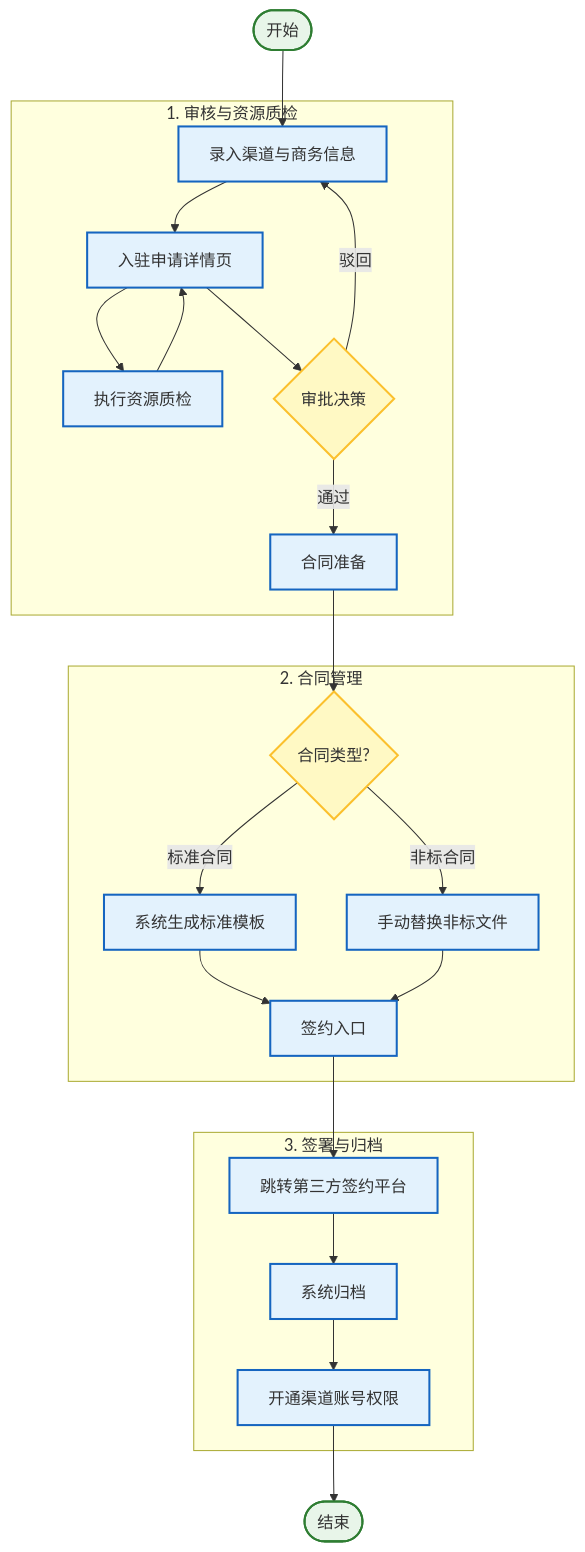
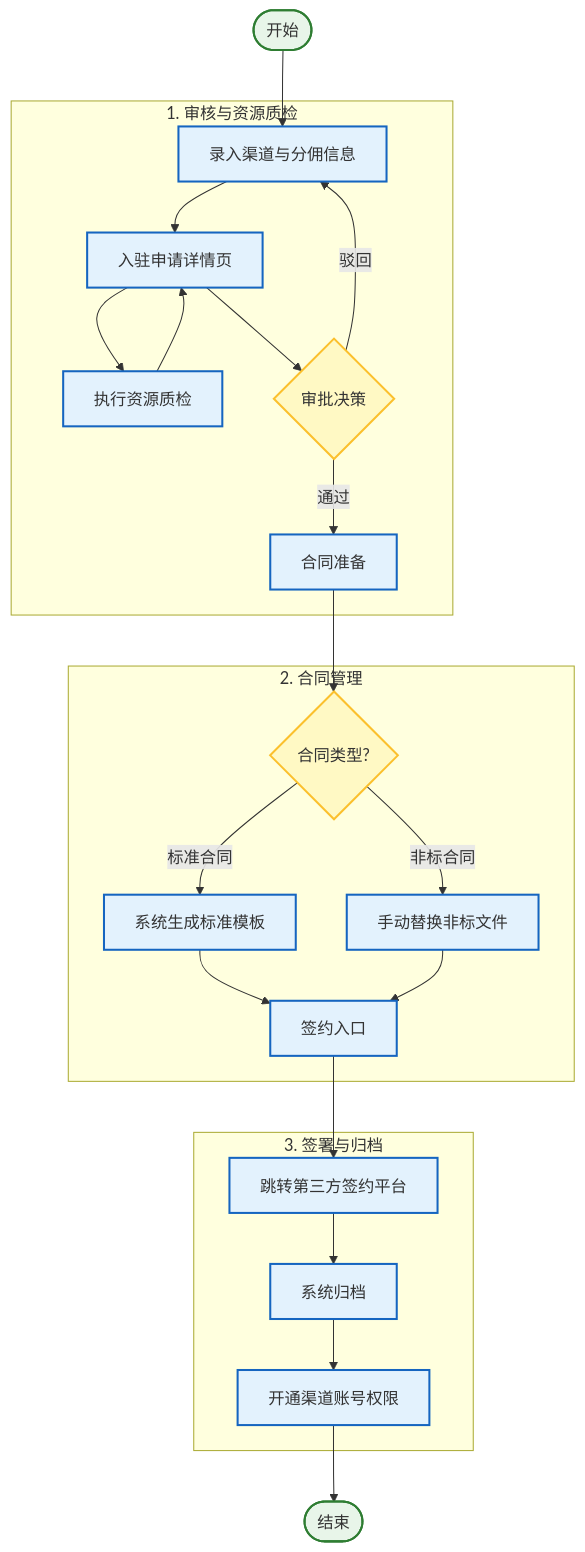
The first of 15 diagrams in docs/渠道管理系统-PRD.md (njwander/channel-demo), drawn with Mermaid before and after one commit. The commit also changed other lines of this file and 4 other files, not shown here.

````diff
--- a/docs/渠道管理系统-PRD.md
+++ b/docs/渠道管理系统-PRD.md
@@ -40,41 +40,41 @@
 ```mermaid
 graph TD
-    Start([开始]) --> Input[录入渠道与商务信息]
+    Start([开始]) --> Input[录入渠道与分佣信息]
     Input --> Detail[入驻申请详情页]
     
     %% 第一阶段：审核与质检
     subgraph Stage1 [1. 审核与资源质检]
         Detail --> QCheck[执行资源质检]
         QCheck --> Detail
         Detail --> Approval{审批决策}
         Approval -- 驳回 --> Input
         Approval -- 通过 --> ContractPrep[合同准备]
     end
 
     %% 第二阶段：合同分流
     subgraph Stage2 [2. 合同管理]
         ContractPrep --> CheckType{合同类型?}
         CheckType -- 标准合同 --> StdContract[系统生成标准模板]
         CheckType -- 非标合同 --> ReplaceContract[手动替换非标文件]
         StdContract --> SignEntry[签约入口]
         ReplaceContract --> SignEntry
     end
 
     %% 第三阶段：签署与权限
     subgraph Stage3 [3. 签署与归档]
         SignEntry --> Signing[跳转第三方签约平台]
         Signing --> Archive[系统归档]
         Archive --> Grant[开通渠道账号权限]
     end
 
     Grant --> End([结束])
 
     %% 样式美化
     classDef process fill:#e3f2fd,stroke:#1565c0,stroke-width:2px;
     classDef decision fill:#fff9c4,stroke:#fbc02d,stroke-width:2px;
     classDef terminator fill:#e8f5e9,stroke:#2e7d32,stroke-width:2px,rx:10,ry:10;
 
     class Input,Detail,QCheck,ContractPrep,StdContract,ReplaceContract,SignEntry,Signing,Archive,Grant process;
     class Approval,CheckType decision;
     class Start,End terminator;
 ```
````
